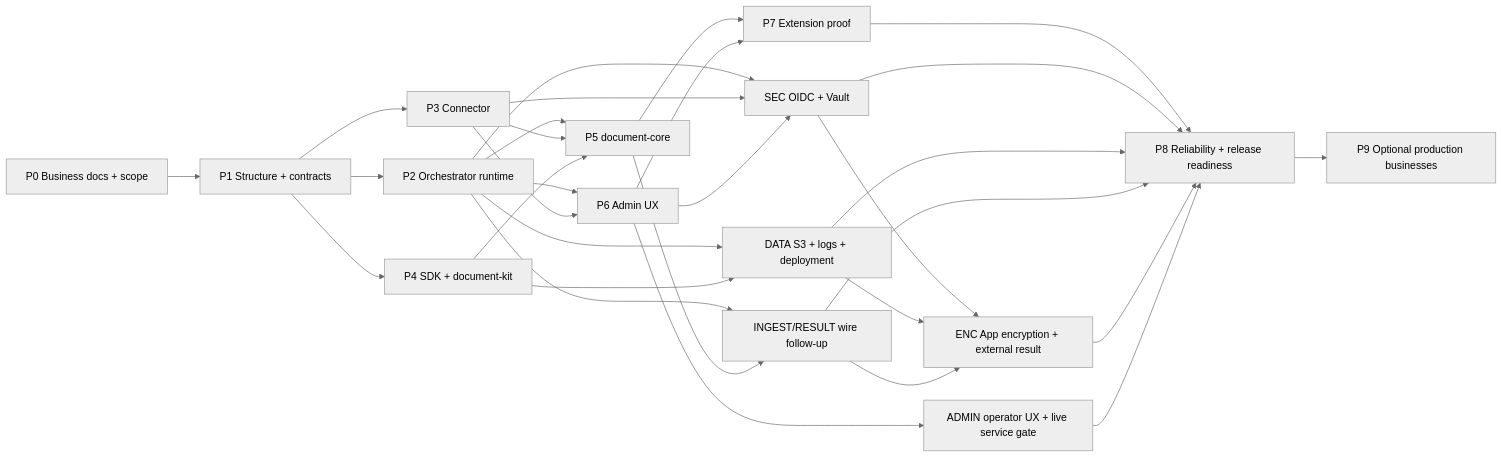
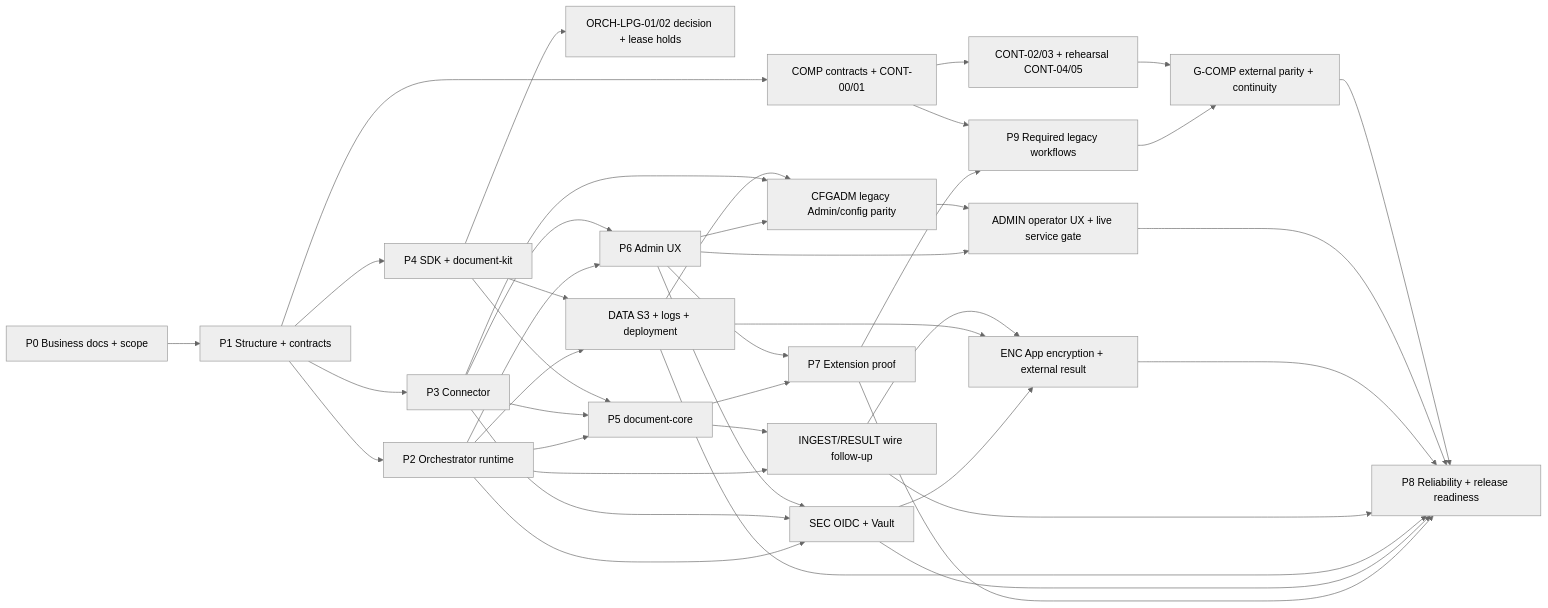
Before and after one commit to OrgGem/dugate: the diagram in du-rework/tasks/README.md, drawn with Mermaid (neutral theme). The commit also changed other lines of this file and 3975 other files, not shown here.

````diff
--- a/du-rework/tasks/README.md
+++ b/du-rework/tasks/README.md
@@ -60,32 +110,43 @@
 ```mermaid
 flowchart LR
   P0[P0 Business docs + scope] --> P1[P1 Structure + contracts]
   P1 --> P2[P2 Orchestrator runtime]
   P1 --> P3[P3 Connector]
   P1 --> P4[P4 SDK + document-kit]
+  P4 --> LPG[ORCH-LPG-01/02 decision + lease holds]
   P2 --> P5[P5 document-core]
   P3 --> P5
   P4 --> P5
   P2 --> P6[P6 Admin UX]
   P3 --> P6
   P2 --> SEC[SEC OIDC + Vault]
   P3 --> SEC
   P6 --> SEC
   P2 --> DATA[DATA S3 + logs + deployment]
   P4 --> DATA
   P2 --> WIRE[INGEST/RESULT wire follow-up]
   P5 --> WIRE
   P5 --> P7[P7 Extension proof]
   P6 --> P7
   P6 --> ADMIN[ADMIN operator UX + live service gate]
+  P6 --> CFGADM[CFGADM legacy Admin/config parity]
+  P3 --> CFGADM
+  DATA --> CFGADM
+  CFGADM --> ADMIN
   P7 --> P8[P8 Reliability + release readiness]
   SEC --> P8
   DATA --> P8
   SEC --> ENC[ENC App encryption + external result]
   DATA --> ENC
   WIRE --> ENC
   WIRE --> P8
   ENC --> P8
   ADMIN --> P8
-  P8 --> P9[P9 Optional production businesses]
+  P1 --> COMPDEC[COMP contracts + CONT-00/01]
+  P7 --> P9[P9 Required legacy workflows]
+  COMPDEC --> P9
+  COMPDEC --> CONT[CONT-02/03 + rehearsal CONT-04/05]
+  P9 --> COMP[G-COMP external parity + continuity]
+  CONT --> COMP
+  COMP --> P8
 ```
````
